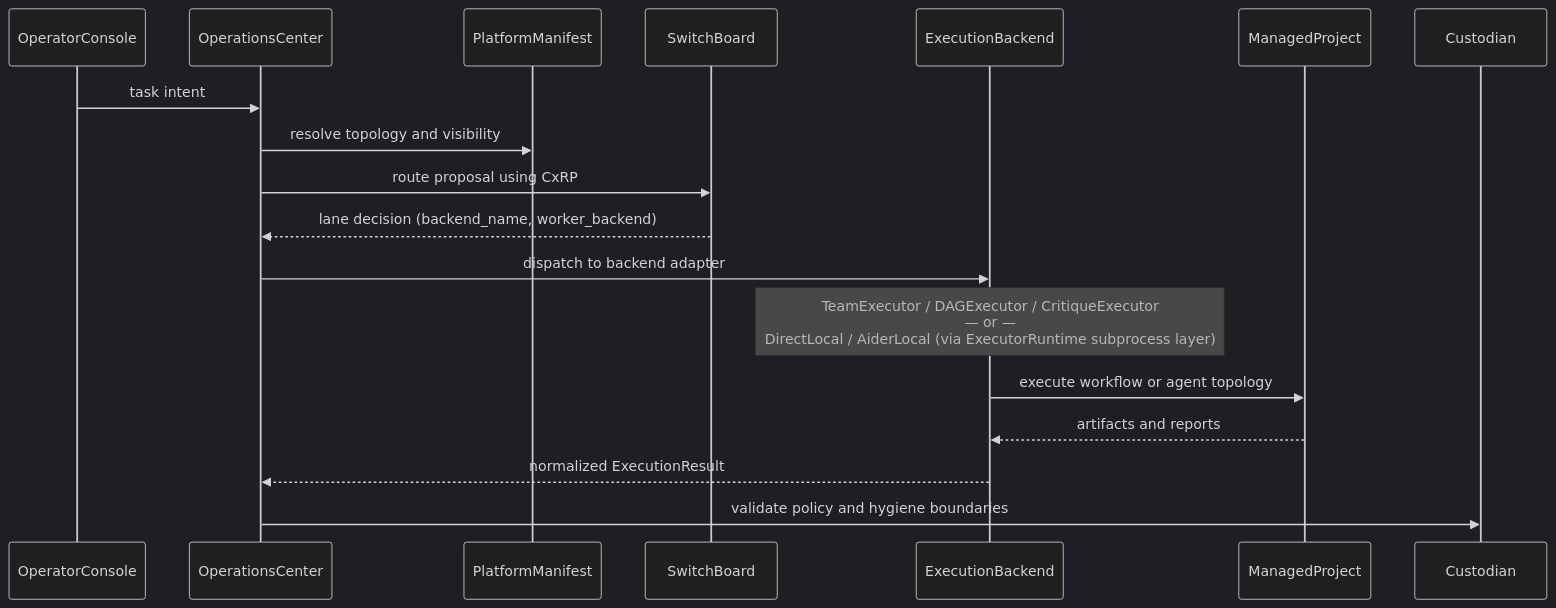
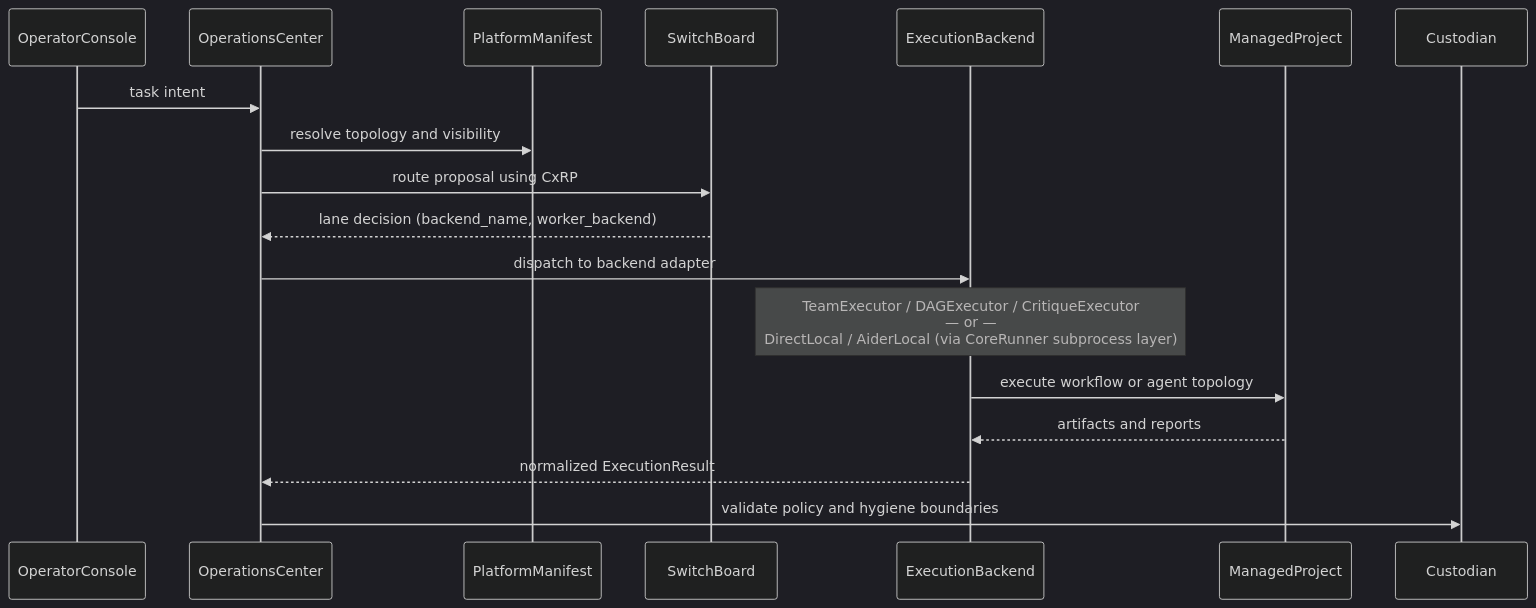
One commit to ProtocolWarden/ProtocolWarden.github.io changed the diagram in docs/architecture/execution-flow.md. Above: the diagram before and after it, drawn with Mermaid (dark theme). The commit also changed other lines of this file and 20 other files, not shown here.

First line of the commit message:
docs: rename ExecutorRuntime → CoreRunner + document safe_run() consolidation

````diff
--- a/docs/architecture/execution-flow.md
+++ b/docs/architecture/execution-flow.md
@@ -3,21 +3,21 @@
 ```mermaid
 sequenceDiagram
     participant OC as OperatorConsole
     participant OPS as OperationsCenter
     participant PM as PlatformManifest
     participant SB as SwitchBoard
     participant BE as ExecutionBackend
     participant MP as ManagedProject
     participant CU as Custodian
 
     OC->>OPS: task intent
     OPS->>PM: resolve topology and visibility
     OPS->>SB: route proposal using CxRP
     SB-->>OPS: lane decision (backend_name, worker_backend)
     OPS->>BE: dispatch to backend adapter
-    note over BE: TeamExecutor / DAGExecutor / CritiqueExecutor<br/>— or —<br/>DirectLocal / AiderLocal (via ExecutorRuntime subprocess layer)
+    note over BE: TeamExecutor / DAGExecutor / CritiqueExecutor<br/>— or —<br/>DirectLocal / AiderLocal (via CoreRunner subprocess layer)
     BE->>MP: execute workflow or agent topology
     MP-->>BE: artifacts and reports
     BE-->>OPS: normalized ExecutionResult
     OPS->>CU: validate policy and hygiene boundaries
 ```
````
